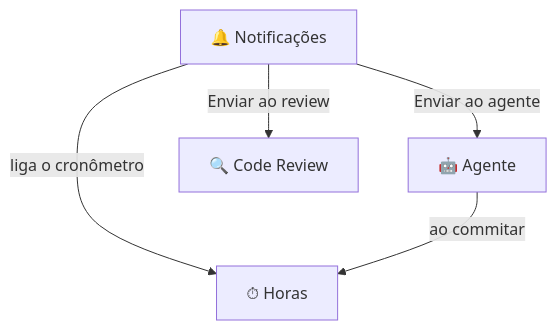
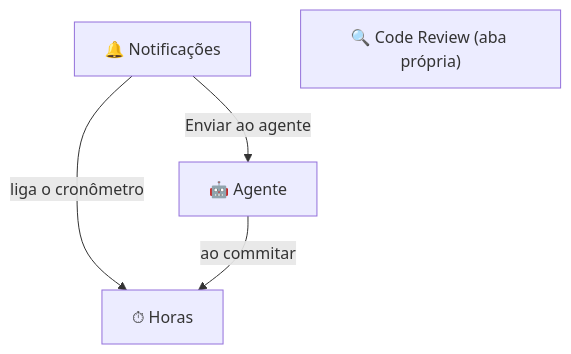
The second of 3 diagrams in README.md (RonaldoCDRinaldiDev/jira-dev-agent), drawn with Mermaid before and after one commit. The commit also changed other lines of this file and 2 other files, not shown here.

First line of the commit message:
remove(feed): botao 'Enviar ao review' da notificacao

````diff
--- a/README.md
+++ b/README.md
@@ -100,7 +100,7 @@
 ```mermaid
 flowchart TD
   N["🔔 Notificações"] -->|Enviar ao agente| A["🤖 Agente"]
-  N -->|Enviar ao review| R["🔍 Code Review"]
+  R["🔍 Code Review (aba própria)"]
   N -->|liga o cronômetro| H["⏱ Horas"]
   A -->|ao commitar| H
 ```
````
